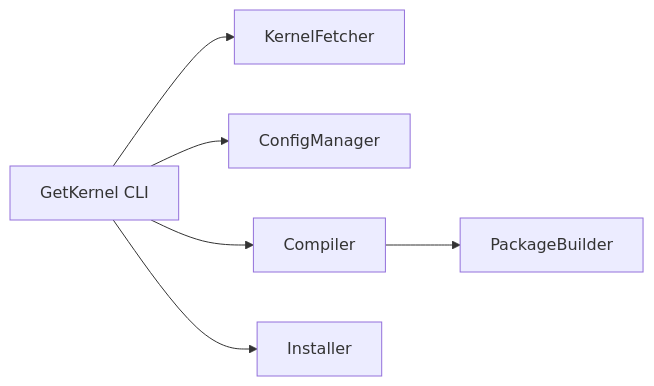
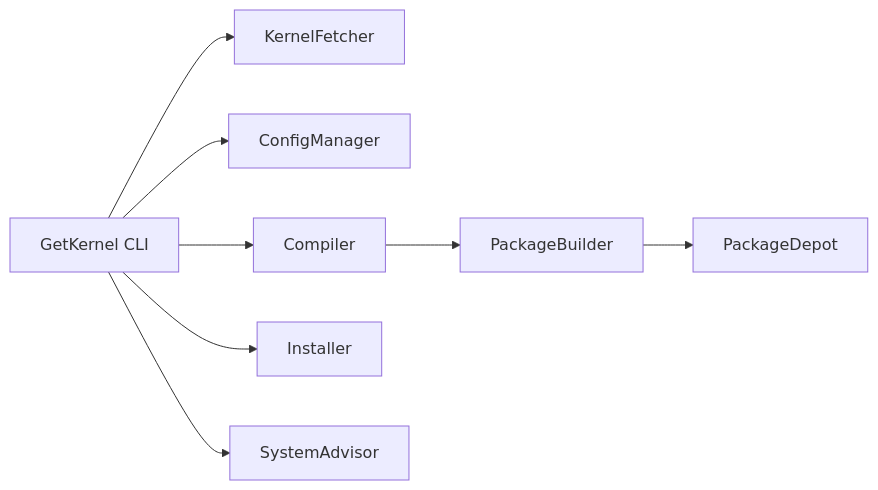
Before and after one commit to cumakurt/GetKernel: the diagram in README.md, drawn with Mermaid. The commit also changed other lines of this file and 23 other files, not shown here.

First line of the commit message:
Add depot CLI, install update flow, and expand kernel tooling.

````diff
--- a/README.md
+++ b/README.md
@@ -110,14 +140,18 @@
 ```mermaid
 flowchart LR
   CLI[GetKernel CLI]
   KF[KernelFetcher]
   CM[ConfigManager]
   CO[Compiler]
   PB[PackageBuilder]
+  PD[PackageDepot]
   IN[Installer]
+  SA[SystemAdvisor]
   CLI --> KF
   CLI --> CM
   CLI --> CO
+  CLI --> SA
   CO --> PB
+  PB --> PD
   CLI --> IN
 ```
````
